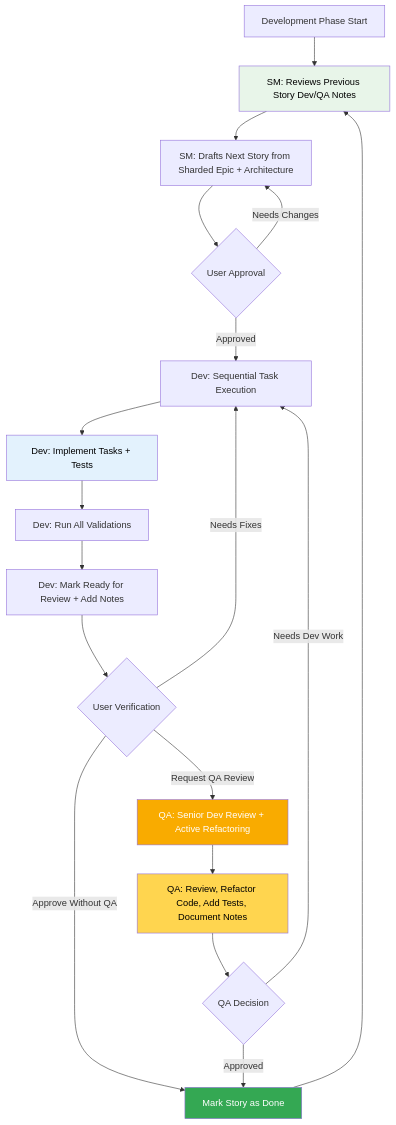
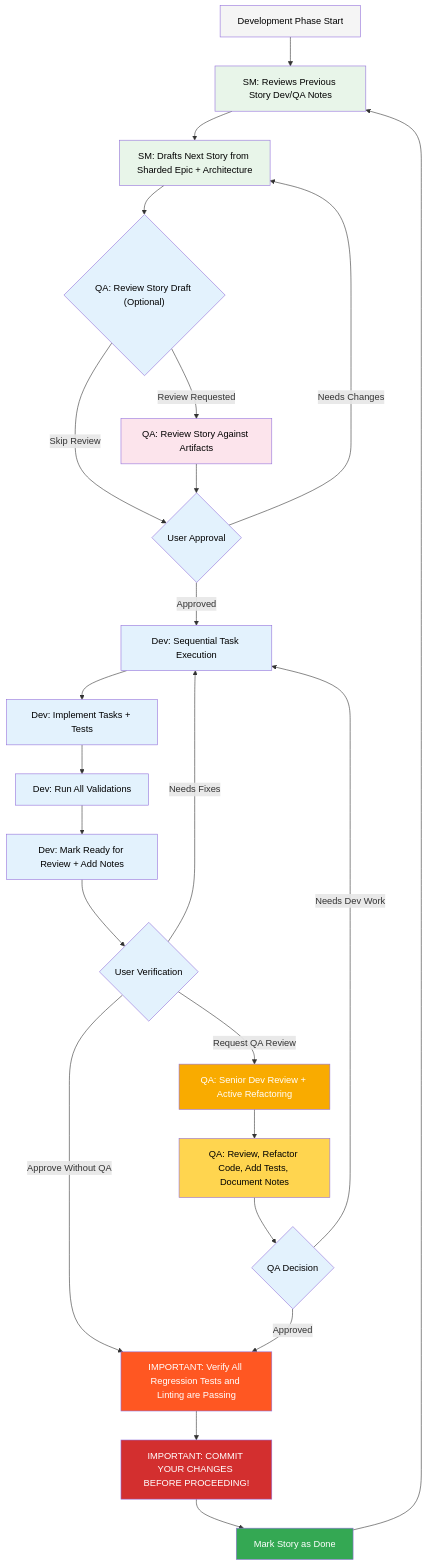
Before and after one commit to zsutxz/BMAD-METHOD: the second of 2 diagrams in docs/user-guide.md, drawn with Mermaid. The commit also changed other lines of this file and 9 other files, not shown here.

Commit message:
fix: enhanced user guide with better diagrams

````diff
--- a/docs/user-guide.md
+++ b/docs/user-guide.md
@@ -286,26 +80,43 @@
 ```mermaid
 graph TD
     A["Development Phase Start"] --> B["SM: Reviews Previous Story Dev/QA Notes"]
     B --> B2["SM: Drafts Next Story from Sharded Epic + Architecture"]
-    B2 --> C{"User Approval"}
+    B2 --> B3{"QA: Review Story Draft (Optional)"}
+    B3 -->|Review Requested| B4["QA: Review Story Against Artifacts"]
+    B3 -->|Skip Review| C{"User Approval"}
+    B4 --> C
     C -->|Approved| D["Dev: Sequential Task Execution"]
     C -->|Needs Changes| B2
     D --> E["Dev: Implement Tasks + Tests"]
     E --> F["Dev: Run All Validations"]
     F --> G["Dev: Mark Ready for Review + Add Notes"]
     G --> H{"User Verification"}
     H -->|Request QA Review| I["QA: Senior Dev Review + Active Refactoring"]
-    H -->|Approve Without QA| K["Mark Story as Done"]
+    H -->|Approve Without QA| M["IMPORTANT: Verify All Regression Tests and Linting are Passing"]
     I --> J["QA: Review, Refactor Code, Add Tests, Document Notes"]
     J --> L{"QA Decision"}
     L -->|Needs Dev Work| D
-    L -->|Approved| K
+    L -->|Approved| M
     H -->|Needs Fixes| D
+    M --> N["IMPORTANT: COMMIT YOUR CHANGES BEFORE PROCEEDING!"]
+    N --> K["Mark Story as Done"]
     K --> B
 
-    style K fill:#34a853,color:#fff
+    style A fill:#f5f5f5,color:#000
+    style B fill:#e8f5e9,color:#000
+    style B2 fill:#e8f5e9,color:#000
+    style B3 fill:#e3f2fd,color:#000
+    style B4 fill:#fce4ec,color:#000
+    style C fill:#e3f2fd,color:#000
+    style D fill:#e3f2fd,color:#000
+    style E fill:#e3f2fd,color:#000
+    style F fill:#e3f2fd,color:#000
+    style G fill:#e3f2fd,color:#000
+    style H fill:#e3f2fd,color:#000
     style I fill:#f9ab00,color:#fff
     style J fill:#ffd54f,color:#000
-    style E fill:#e3f2fd,color:#000
-    style B fill:#e8f5e9,color:#000
+    style K fill:#34a853,color:#fff
+    style L fill:#e3f2fd,color:#000
+    style M fill:#ff5722,color:#fff
+    style N fill:#d32f2f,color:#fff
 ```
````
